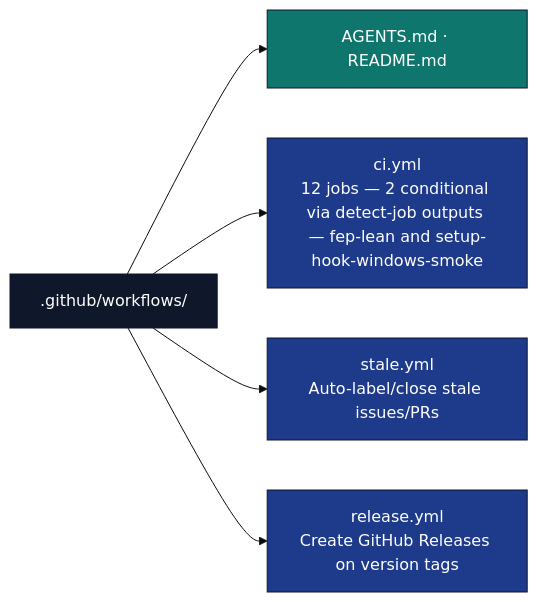
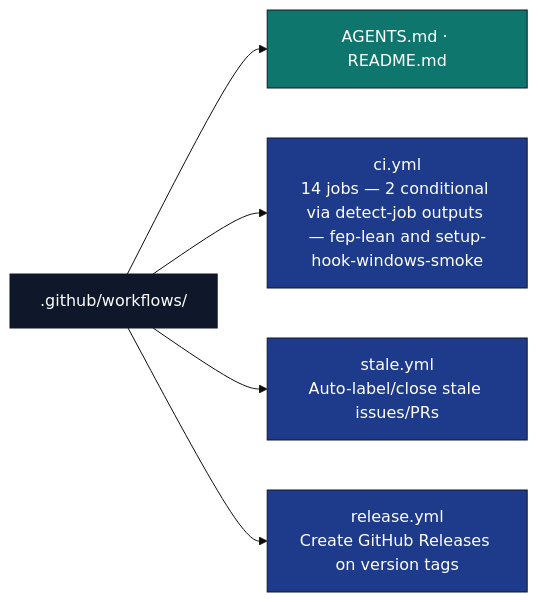
One commit to docxology/template changed the first of 2 diagrams in .github/workflows/AGENTS.md. Above: the diagram before and after it, drawn with Mermaid (base theme). The commit also changed other lines of this file and 18 other files, not shown here.

````diff
--- a/.github/workflows/AGENTS.md
+++ b/.github/workflows/AGENTS.md
@@ -9,15 +9,15 @@
 ```mermaid
 flowchart LR
     W[.github/workflows/]
     W --> META[AGENTS.md · README.md]
-    W --> CI[ci.yml<br/>12 jobs — 2 conditional via detect-job outputs — fep-lean and setup-hook-windows-smoke]
+    W --> CI[ci.yml<br/>14 jobs — 2 conditional via detect-job outputs — fep-lean and setup-hook-windows-smoke]
     W --> STALE[stale.yml<br/>Auto-label/close stale issues/PRs]
     W --> REL[release.yml<br/>Create GitHub Releases on version tags]
 
     classDef d fill:#0f172a,stroke:#0f172a,color:#fff
     classDef code fill:#1e3a8a,stroke:#0f172a,color:#fff
     classDef doc fill:#0f766e,stroke:#0f172a,color:#fff
     class W d
     class CI,STALE,REL code
     class META doc
 ```
````
